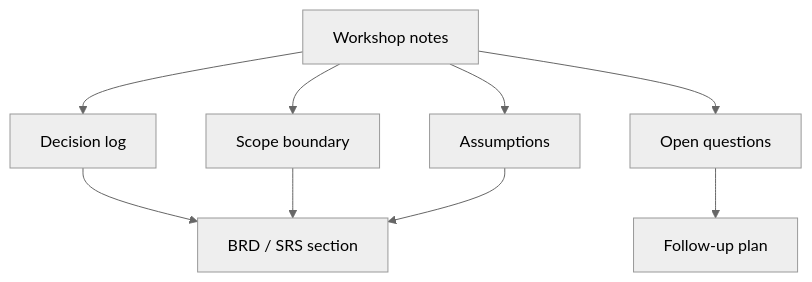
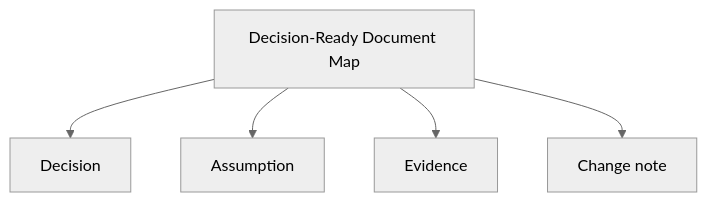
Before and after one commit to anhtnt90dev/ai-for-ba: the second of 2 diagrams in docs/en/lessons/brd-srs-and-decision-artifacts/index.md, drawn with Mermaid (neutral theme). The commit also changed other lines of this file and 40 other files, not shown here.

````diff
--- a/docs/en/lessons/brd-srs-and-decision-artifacts/index.md
+++ b/docs/en/lessons/brd-srs-and-decision-artifacts/index.md
@@ -68,11 +173,8 @@
 ```mermaid
 flowchart TD
-    A["Workshop notes"] --> B["Decision log"]
-    A --> C["Scope boundary"]
-    A --> D["Assumptions"]
-    A --> E["Open questions"]
-    B --> F["BRD / SRS section"]
-    C --> F
-    D --> F
-    E --> G["Follow-up plan"]
+    A["Decision-Ready Document Map"]
+    A --> B["Decision"]
+    A --> C["Assumption"]
+    A --> D["Evidence"]
+    A --> E["Change note"]
 ```
````
